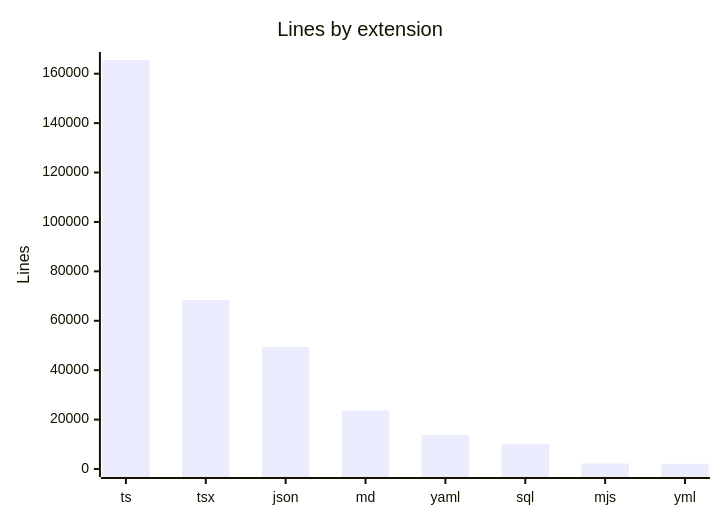
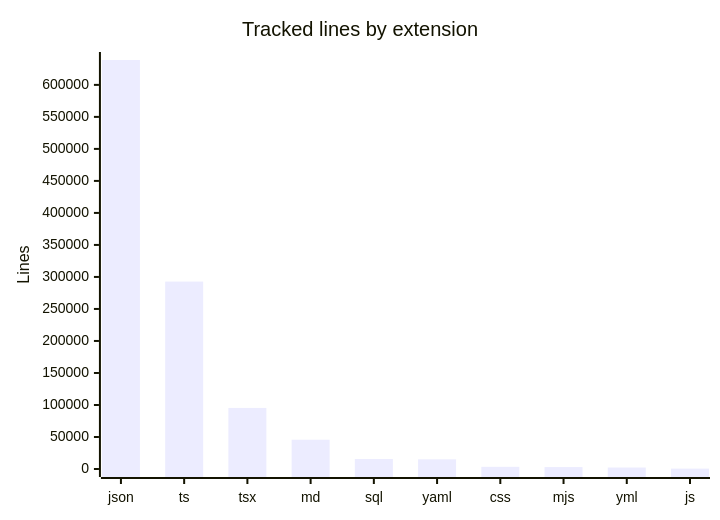
One commit to lapeninns/naba-table changed the diagram in droid-wiki/by-the-numbers.md. Above: the diagram before and after it, drawn with Mermaid. The commit also changed other lines of this file and 59 other files, not shown here.

````diff
--- a/droid-wiki/by-the-numbers.md
+++ b/droid-wiki/by-the-numbers.md
@@ -5,7 +5,7 @@
 ```mermaid
 xychart-beta
-  title "Lines by extension"
-  x-axis [ts, tsx, json, md, yaml, sql, mjs, yml]
-  y-axis "Lines" 0 --> 165548
-  bar [165548, 68423, 49403, 23696, 13799, 10029, 2230, 2113]
+  title "Tracked lines by extension"
+  x-axis [json, ts, tsx, md, sql, yaml, css, mjs, yml, js]
+  y-axis "Lines" 0 --> 638863
+  bar [638863, 292736, 95395, 45757, 15629, 15120, 3417, 3003, 2327, 549]
 ```
````
